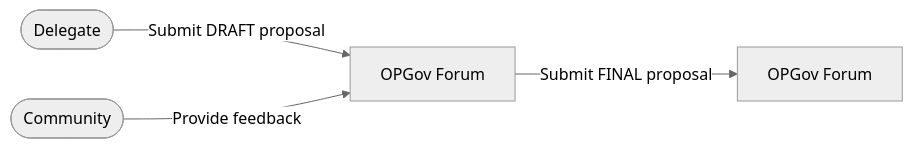
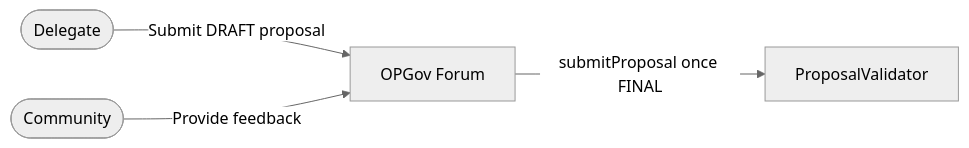
Before and after one commit to ethereum-optimism/design-docs: the first of 2 diagrams in governance/permissionless-proposals.md, drawn with Mermaid (neutral theme).

Commit message:
fix: mermaid diagram

````diff
--- a/governance/permissionless-proposals.md
+++ b/governance/permissionless-proposals.md
@@ -52,6 +52,6 @@
 ```mermaid
 flowchart LR
-    Delegate([Delegate]) -->|Submit DRAFT proposal| OPGov1[OPGov Forum]
-    Community([Community]) -->|Provide feedback| OPGov1
-    OPGov1 -->|Submit FINAL proposal| OPGov2[OPGov Forum]
+    Delegate([Delegate]) -->|Submit DRAFT proposal| OPGov[OPGov Forum]
+    Community([Community]) -->|Provide feedback| OPGov
+    OPGov -->|submitProposal once FINAL| OnChainGov[ProposalValidator]
 ```
````
